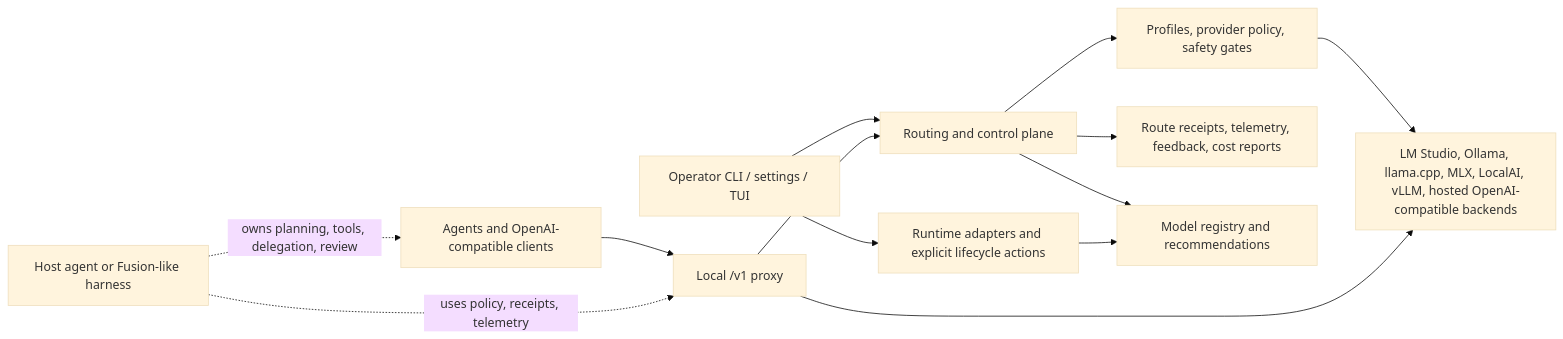
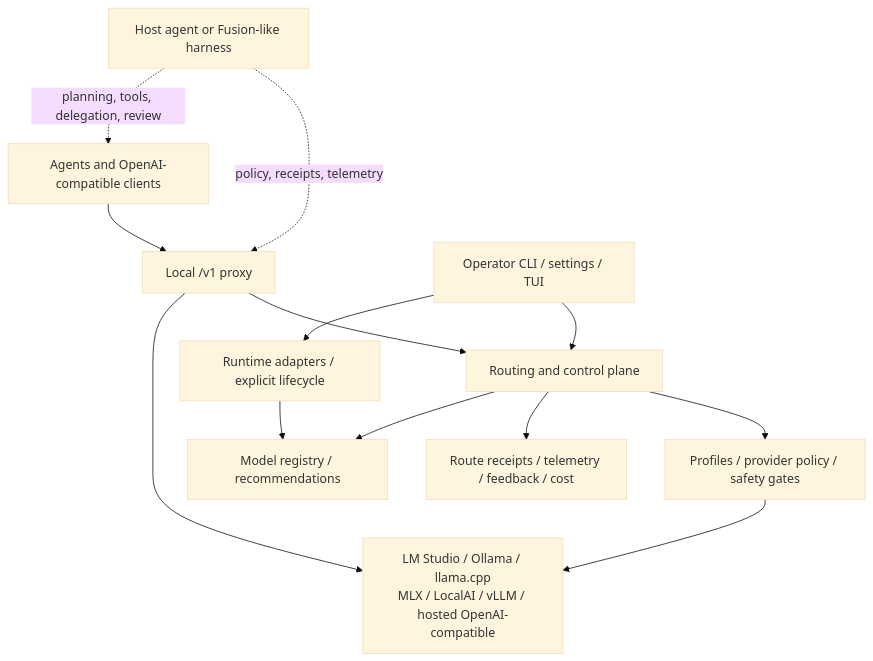
The diagram in README.md (doncazper/hermes-router), drawn with Mermaid (base theme) before and after one commit.

Commit message:
docs(model-router): fit README architecture diagram

````diff
--- a/README.md
+++ b/README.md
@@ -104,15 +104,15 @@
 ```mermaid
-flowchart LR
+flowchart TB
   clients["Agents and OpenAI-compatible clients"] --> proxy["Local /v1 proxy"]
-  operator["Operator CLI / settings / TUI"] --> control["Routing and control plane"]
-  proxy --> control
-  control --> policy["Profiles, provider policy, safety gates"]
-  control --> receipts["Route receipts, telemetry, feedback, cost reports"]
-  control --> registry["Model registry and recommendations"]
-  operator --> runtime["Runtime adapters and explicit lifecycle actions"]
+  proxy --> control["Routing and control plane"]
+  operator["Operator CLI / settings / TUI"] --> control
+  control --> policy["Profiles / provider policy / safety gates"]
+  control --> receipts["Route receipts / telemetry / feedback / cost"]
+  control --> registry["Model registry / recommendations"]
+  operator --> runtime["Runtime adapters / explicit lifecycle"]
   runtime --> registry
-  policy --> backends["LM Studio, Ollama, llama.cpp, MLX, LocalAI, vLLM, hosted OpenAI-compatible backends"]
+  policy --> backends["LM Studio / Ollama / llama.cpp<br/>MLX / LocalAI / vLLM / hosted OpenAI-compatible"]
   proxy --> backends
-  harness["Host agent or Fusion-like harness"] -. "uses policy, receipts, telemetry" .-> proxy
-  harness -. "owns planning, tools, delegation, review" .-> clients
+  harness["Host agent or Fusion-like harness"] -. "policy, receipts, telemetry" .-> proxy
+  harness -. "planning, tools, delegation, review" .-> clients
 ```
````
